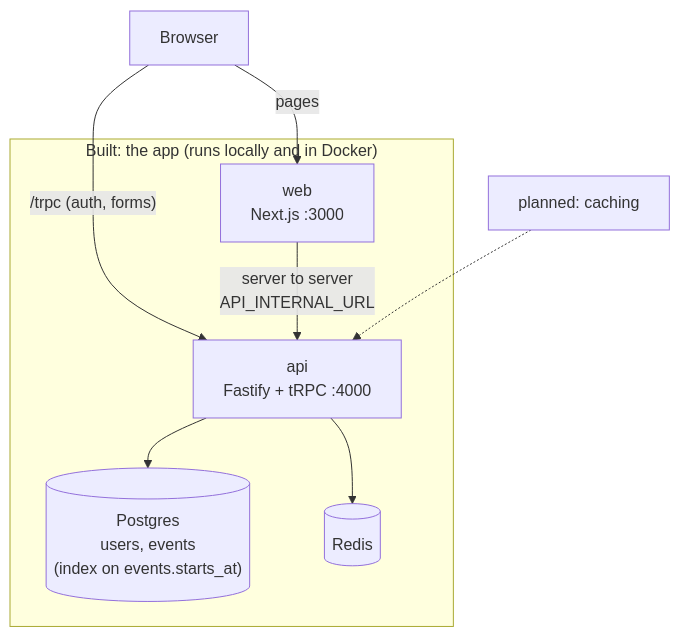
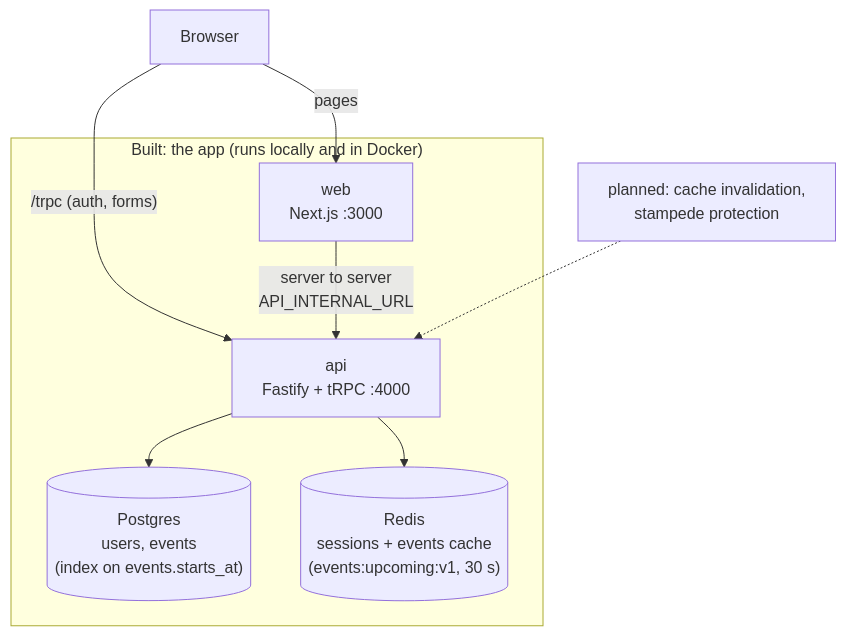
Before and after one commit to maheshnd/minitickets: the first of 3 diagrams in docs/00-architecture.md, drawn with Mermaid. The commit also changed other lines of this file and 18 other files, not shown here.

Commit message:
feat(events): cache-aside for events.list in Redis, with graceful degradation

````diff
--- a/docs/00-architecture.md
+++ b/docs/00-architecture.md
@@ -14,17 +14,17 @@
 ```mermaid
 flowchart TB
     browser["Browser"]
     subgraph local["Built: the app (runs locally and in Docker)"]
         web["web<br/>Next.js :3000"]
         api["api<br/>Fastify + tRPC :4000"]
         pg[("Postgres<br/>users, events<br/>(index on events.starts_at)")]
-        redis[("Redis")]
+        redis[("Redis<br/>sessions + events cache<br/>(events:upcoming:v1, 30 s)")]
     end
-    planned["planned: caching"]
+    planned["planned: cache invalidation,<br/>stampede protection"]
     browser -->|"pages"| web
     browser -->|"/trpc (auth, forms)"| api
     web -->|"server to server<br/>API_INTERNAL_URL"| api
     api --> pg
     api --> redis
     planned -.-> api
 ```
````
